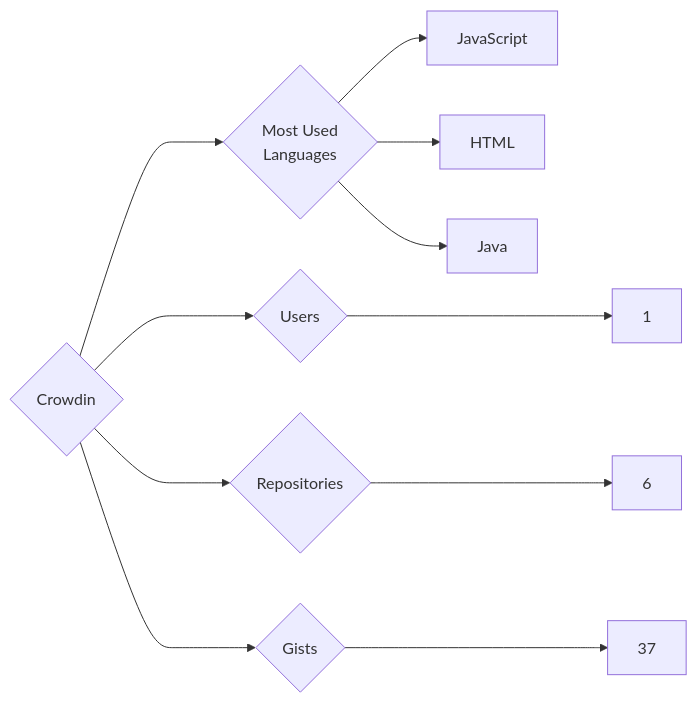
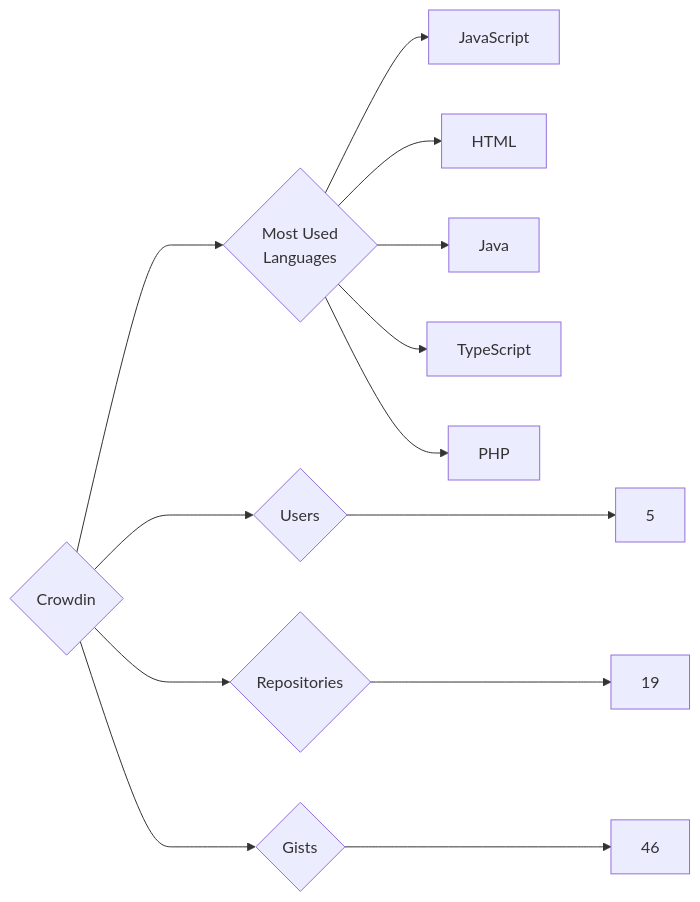
One commit to trickest/insiders changed the diagram in targets/Crowdin/README.md. Above: the diagram before and after it, drawn with Mermaid. The commit also changed 927 other files, not shown here.

````diff
--- a/targets/Crowdin/README.md
+++ b/targets/Crowdin/README.md
@@ -3,11 +3,13 @@
 ```mermaid
 graph LR
 COMPANY_NAME{Crowdin}
-COMPANY_NAME ---> U{Users} ---> UN[1]
-COMPANY_NAME ---> R{Repositories} ---> RN[6]
-COMPANY_NAME ---> G{Gists} ---> GN[37]
+COMPANY_NAME ---> U{Users} ---> UN[5]
+COMPANY_NAME ---> R{Repositories} ---> RN[19]
+COMPANY_NAME ---> G{Gists} ---> GN[46]
 COMPANY_NAME ---> ML{Most Used<br>Languages}
 ML --> JavaScript[JavaScript]
 ML --> HTML[HTML]
 ML --> Java[Java]
+ML --> TypeScript[TypeScript]
+ML --> PHP[PHP]
 ```
````
